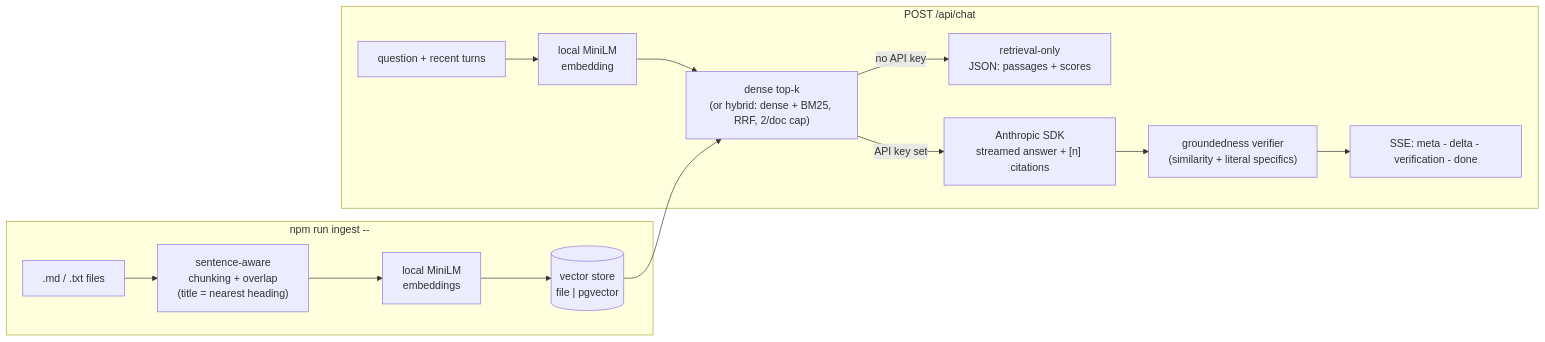
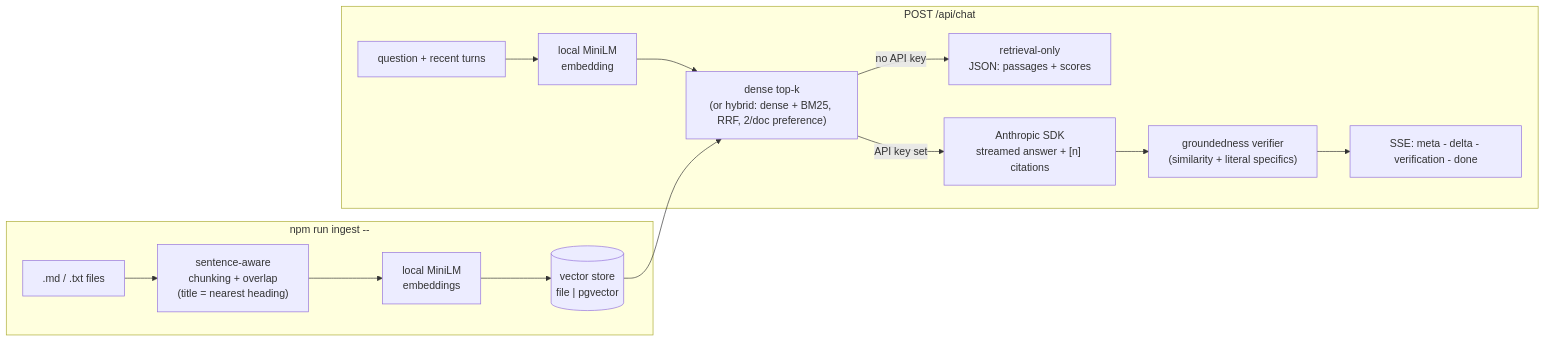
One commit to ssh071102-code/grounded-chat changed the diagram in README.md. Above: the diagram before and after it, drawn with Mermaid. The commit also changed other lines of this file, not shown here.

First line of the commit message:
docs: describe the per-document limit as a preference with backfill

````diff
--- a/README.md
+++ b/README.md
@@ -61,18 +61,18 @@
 ```mermaid
 flowchart LR
   subgraph ingest["npm run ingest -- <dir>"]
     docs[".md / .txt files"] --> chunk["sentence-aware\nchunking + overlap\n(title = nearest heading)"]
     chunk --> emb1["local MiniLM\nembeddings"]
     emb1 --> store[("vector store\nfile | pgvector")]
   end
 
   subgraph query["POST /api/chat"]
     q["question + recent turns"] --> emb2["local MiniLM\nembedding"]
-    emb2 --> knn["dense top-k\n(or hybrid: dense + BM25, RRF, 2/doc cap)"]
+    emb2 --> knn["dense top-k\n(or hybrid: dense + BM25, RRF, 2/doc preference)"]
     store --> knn
     knn -->|"no API key"| ro["retrieval-only\nJSON: passages + scores"]
     knn -->|"API key set"| gen["Anthropic SDK\nstreamed answer + [n] citations"]
     gen --> verify["groundedness verifier\n(similarity + literal specifics)"]
     verify --> sse["SSE: meta - delta - verification - done"]
   end
 ```
````
